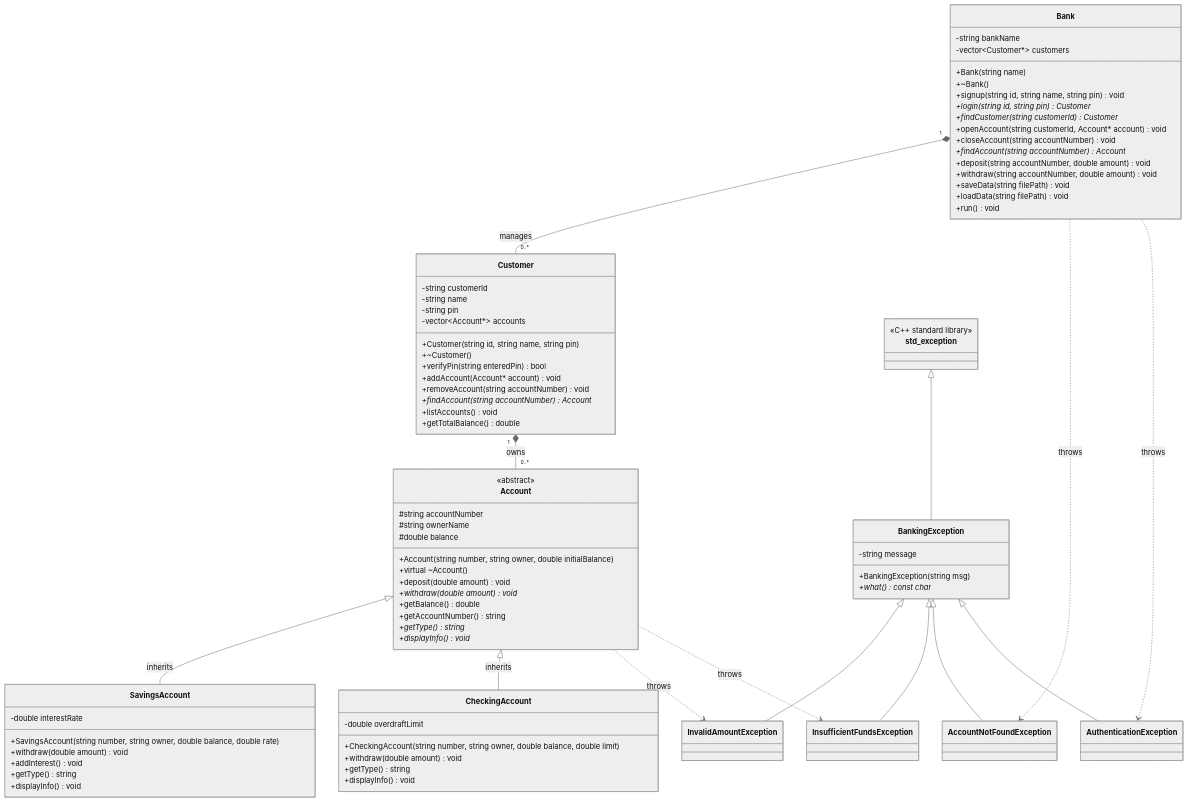
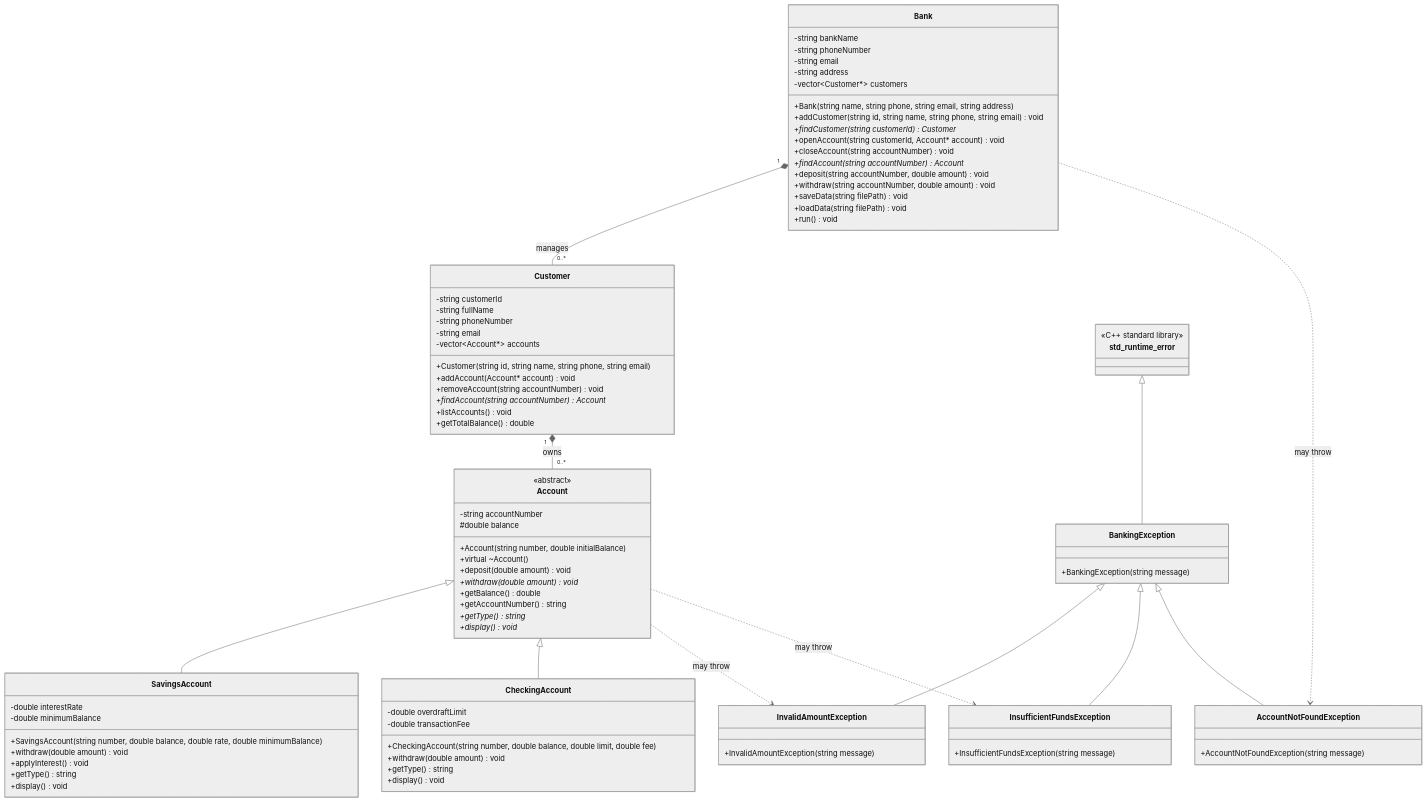
One commit to ymukhsin/bank-account-manager changed the diagram in uml.mmd. Above: the diagram before and after it, drawn with Mermaid (neutral theme). The commit also changed 6 other files, not shown here.

Commit message:
docs: update final UML diagram and verify 1-to-1 code alignment

```diff
--- a/uml.mmd
+++ b/uml.mmd
@@ -1,96 +1,98 @@
 classDiagram
     direction TB
 
     class Bank {
         -string bankName
+        -string phoneNumber
+        -string email
+        -string address
         -vector~Customer*~ customers
-        +Bank(string name)
-        +~Bank()
-        +signup(string id, string name, string pin) void
-        +login(string id, string pin) Customer*
+        +Bank(string name, string phone, string email, string address)
+        +addCustomer(string id, string name, string phone, string email) void
         +findCustomer(string customerId) Customer*
         +openAccount(string customerId, Account* account) void
         +closeAccount(string accountNumber) void
         +findAccount(string accountNumber) Account*
         +deposit(string accountNumber, double amount) void
         +withdraw(string accountNumber, double amount) void
         +saveData(string filePath) void
         +loadData(string filePath) void
         +run() void
     }
 
     class Customer {
         -string customerId
-        -string name
-        -string pin
+        -string fullName
+        -string phoneNumber
+        -string email
         -vector~Account*~ accounts
-        +Customer(string id, string name, string pin)
-        +~Customer()
-        +verifyPin(string enteredPin) bool
+        +Customer(string id, string name, string phone, string email)
         +addAccount(Account* account) void
         +removeAccount(string accountNumber) void
         +findAccount(string accountNumber) Account*
         +listAccounts() void
         +getTotalBalance() double
     }
 
     class Account {
         <<abstract>>
-        #string accountNumber
-        #string ownerName
+        -string accountNumber
         #double balance
-        +Account(string number, string owner, double initialBalance)
+        +Account(string number, double initialBalance)
         +virtual ~Account()
         +deposit(double amount) void
         +withdraw(double amount)* void
         +getBalance() double
         +getAccountNumber() string
         +getType() string*
-        +displayInfo() void*
+        +display() void*
     }
 
     class SavingsAccount {
         -double interestRate
-        +SavingsAccount(string number, string owner, double balance, double rate)
+        -double minimumBalance
+        +SavingsAccount(string number, double balance, double rate, double minimumBalance)
         +withdraw(double amount) void
-        +addInterest() void
+        +applyInterest() void
         +getType() string
-        +displayInfo() void
+        +display() void
     }
 
     class CheckingAccount {
         -double overdraftLimit
-        +CheckingAccount(string number, string owner, double balance, double limit)
+        -double transactionFee
+        +CheckingAccount(string number, double balance, double limit, double fee)
         +withdraw(double amount) void
         +getType() string
-        +displayInfo() void
+        +display() void
     }
 
-    class std_exception {
+    class BankingException {
+        +BankingException(string message)
+    }
+    class InvalidAmountException {
+        +InvalidAmountException(string message)
+    }
+    class InsufficientFundsException {
+        +InsufficientFundsException(string message)
+    }
+    class AccountNotFoundException {
+        +AccountNotFoundException(string message)
+    }
+    class std_runtime_error {
         <<C++ standard library>>
     }
-    class BankingException {
-        -string message
-        +BankingException(string msg)
-        +what() const char*
-    }
-    class InvalidAmountException
-    class InsufficientFundsException
-    class AccountNotFoundException
-    class AuthenticationException
 
     Bank "1" *-- "0..*" Customer : manages
     Customer "1" *-- "0..*" Account : owns
-    Account <|-- SavingsAccount : inherits
-    Account <|-- CheckingAccount : inherits
+    Account <|-- SavingsAccount
+    Account <|-- CheckingAccount
 
-    std_exception <|-- BankingException
+    std_runtime_error <|-- BankingException
     BankingException <|-- InvalidAmountException
     BankingException <|-- InsufficientFundsException
     BankingException <|-- AccountNotFoundException
-    BankingException <|-- AuthenticationException
 
-    Account ..> InvalidAmountException : throws
-    Account ..> InsufficientFundsException : throws
-    Bank ..> AccountNotFoundException : throws
-    Bank ..> AuthenticationException : throws
+    Account ..> InvalidAmountException : may throw
+    Account ..> InsufficientFundsException : may throw
+    Bank ..> AccountNotFoundException : may throw
```
